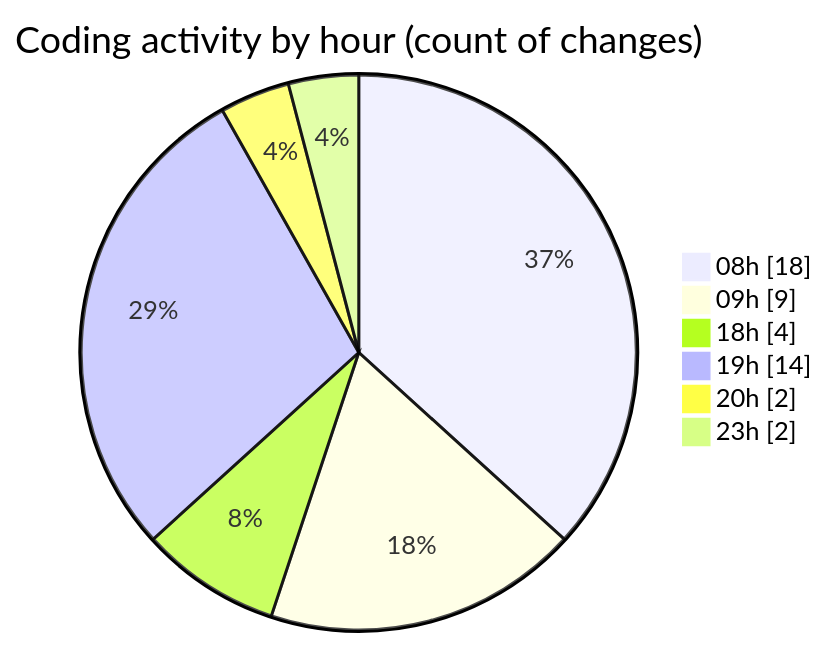
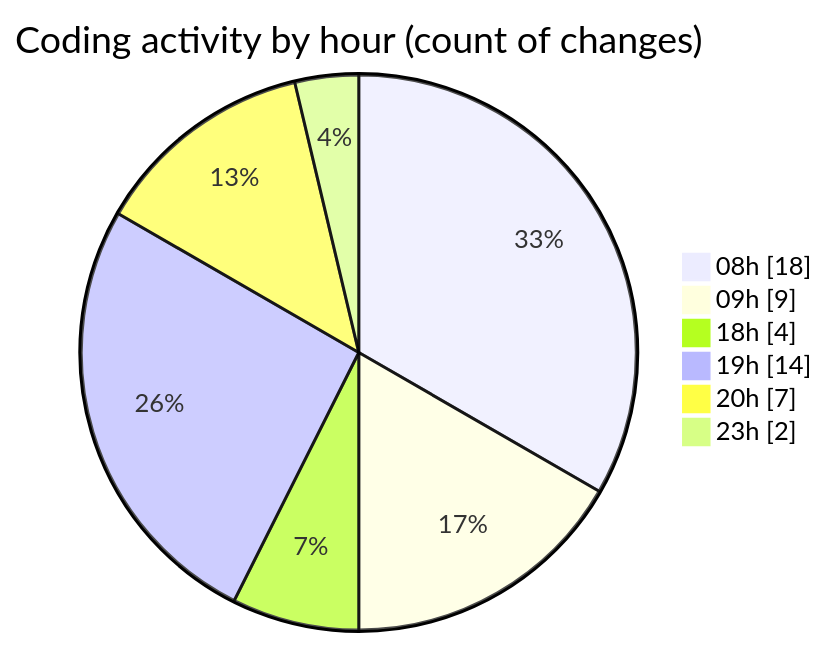
The second of 2 diagrams in 2025-05-05/niten/README.md (Elitesun/code-tracking), drawn with Mermaid before and after one commit. The commit also changed other lines of this file and 1 other file, not shown here.

````diff
--- a/2025-05-05/niten/README.md
+++ b/2025-05-05/niten/README.md
@@ -45,10 +45,10 @@
 ```mermaid
 pie showData
 title Coding activity by hour (count of changes)
 "08h" : 18
 "09h" : 9
 "18h" : 4
 "19h" : 14
-"20h" : 2
+"20h" : 7
 "23h" : 2
 ```
````
